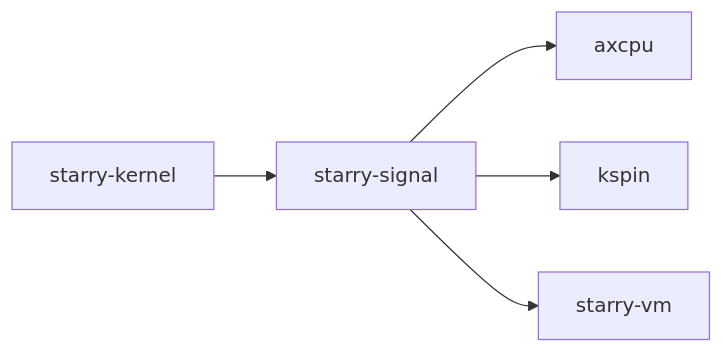
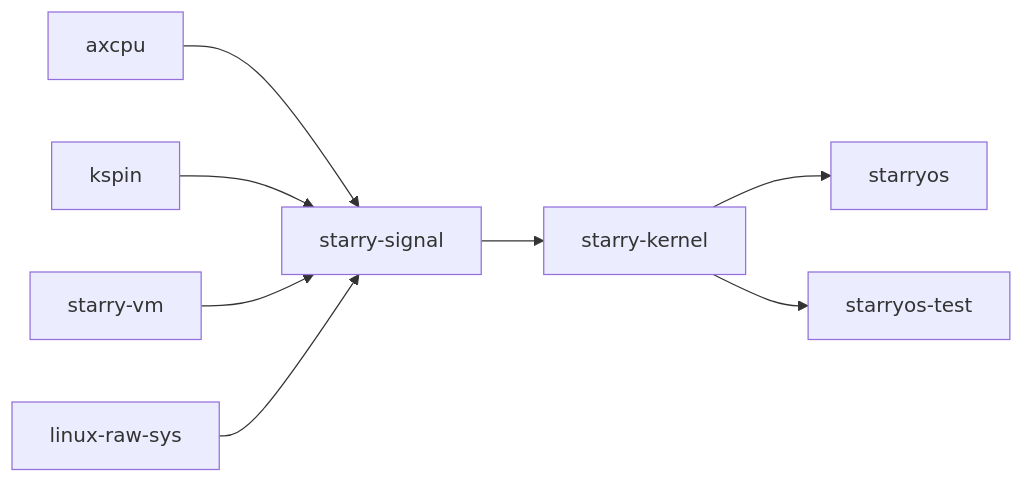
The second of 2 diagrams in docs/crates/starry-signal.md (rcore-os/tgoskits), drawn with Mermaid before and after one commit. The commit also changed other lines of this file and 99 other files, not shown here.

````diff
--- a/docs/crates/starry-signal.md
+++ b/docs/crates/starry-signal.md
@@ -37,8 +126,11 @@
 ```mermaid
 graph LR
-    current["starry-signal"]
-    current --> axcpu["axcpu"]
-    current --> kspin["kspin"]
-    current --> starry_vm["starry-vm"]
-    starry_kernel["starry-kernel"] --> current
+    axcpu["axcpu"] --> sig["starry-signal"]
+    kspin["kspin"] --> sig
+    vm["starry-vm"] --> sig
+    linux["linux-raw-sys"] --> sig
+
+    sig --> starry["starry-kernel"]
+    starry --> starryos["starryos"]
+    starry --> starrytest["starryos-test"]
 ```
````
